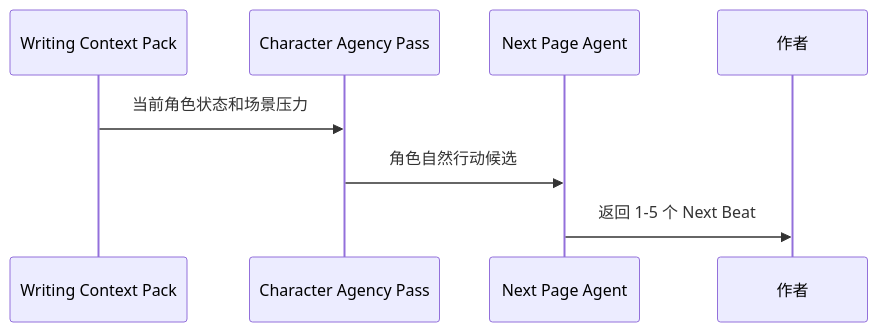
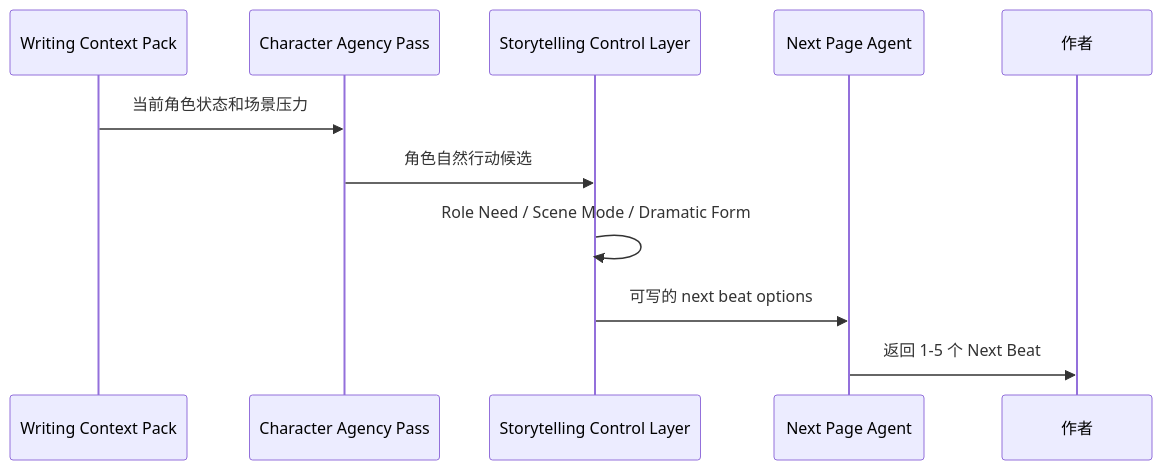
One commit to FrankQDWang/sextantlabs changed the first of 3 diagrams in goals/23-next-page-agent.md. Above: the diagram before and after it, drawn with Mermaid. The commit also changed other lines of this file, not shown here.

Commit message:
Route next page agent through storytelling control layer

````diff
--- a/goals/23-next-page-agent.md
+++ b/goals/23-next-page-agent.md
@@ -33,11 +35,14 @@
 ```mermaid
 sequenceDiagram
     participant Pack as Writing Context Pack
     participant Agency as Character Agency Pass
+    participant Story as Storytelling Control Layer
     participant Agent as Next Page Agent
     participant Author as 作者
 
     Pack->>Agency: 当前角色状态和场景压力
-    Agency->>Agent: 角色自然行动候选
+    Agency->>Story: 角色自然行动候选
+    Story->>Story: Role Need / Scene Mode / Dramatic Form
+    Story->>Agent: 可写的 next beat options
     Agent->>Author: 返回 1-5 个 Next Beat
 ```
````
